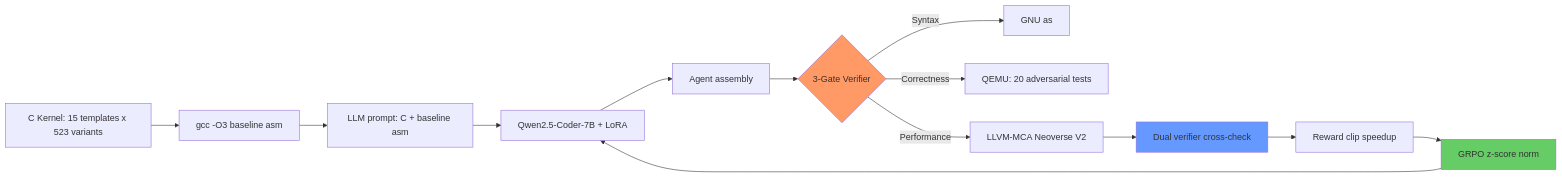
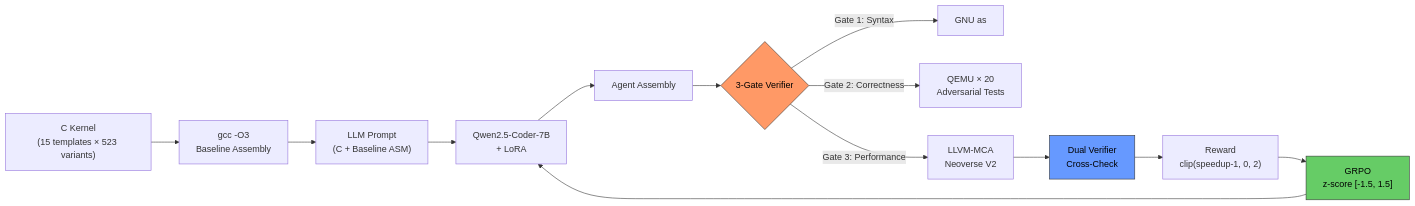
The first of 3 diagrams in README.md (ka-ori/arm-gym), drawn with Mermaid before and after one commit. The commit also changed other lines of this file and 1 other file, not shown here.

First line of the commit message:
docs: restore flowchart LR layout with br breaks and full Mermaid styles

````diff
--- a/README.md
+++ b/README.md
@@ -42,18 +42,23 @@
 ```mermaid
-graph LR
-    A["C Kernel: 15 templates x 523 variants"] --> B["gcc -O3 baseline asm"]
-    B --> C["LLM prompt: C + baseline asm"]
-    C --> D["Qwen2.5-Coder-7B + LoRA"]
-    D --> E["Agent assembly"]
+flowchart LR
+    A["C Kernel<br/>(15 templates × 523 variants)"]
+        --> B["gcc -O3<br/>Baseline Assembly"]
+    B --> C["LLM Prompt<br/>(C + Baseline ASM)"]
+    C --> D["Qwen2.5-Coder-7B<br/>+ LoRA"]
+    D --> E["Agent Assembly"]
+
     E --> F{"3-Gate Verifier"}
-    F -->|Syntax| G["GNU as"]
-    F -->|Correctness| H["QEMU: 20 adversarial tests"]
-    F -->|Performance| I["LLVM-MCA Neoverse V2"]
-    I --> J["Dual verifier cross-check"]
-    J --> K["Reward clip speedup"]
-    K --> L["GRPO z-score norm"]
+
+    F -->|"Gate 1: Syntax"| G["GNU as"]
+    F -->|"Gate 2: Correctness"| H["QEMU × 20<br/>Adversarial Tests"]
+    F -->|"Gate 3: Performance"| I["LLVM-MCA<br/>Neoverse V2"]
+
+    I --> J["Dual Verifier<br/>Cross-Check"]
+    J --> K["Reward<br/>clip(speedup-1, 0, 2)"]
+    K --> L["GRPO<br/>z-score [-1.5, 1.5]"]
     L --> D
-    style F fill:#ff9966
-    style J fill:#6699ff
-    style L fill:#66cc66
+
+    style F fill:#f96,stroke:#333,color:#000
+    style J fill:#69f,stroke:#333,color:#000
+    style L fill:#6c6,stroke:#333,color:#000
 ```
````
